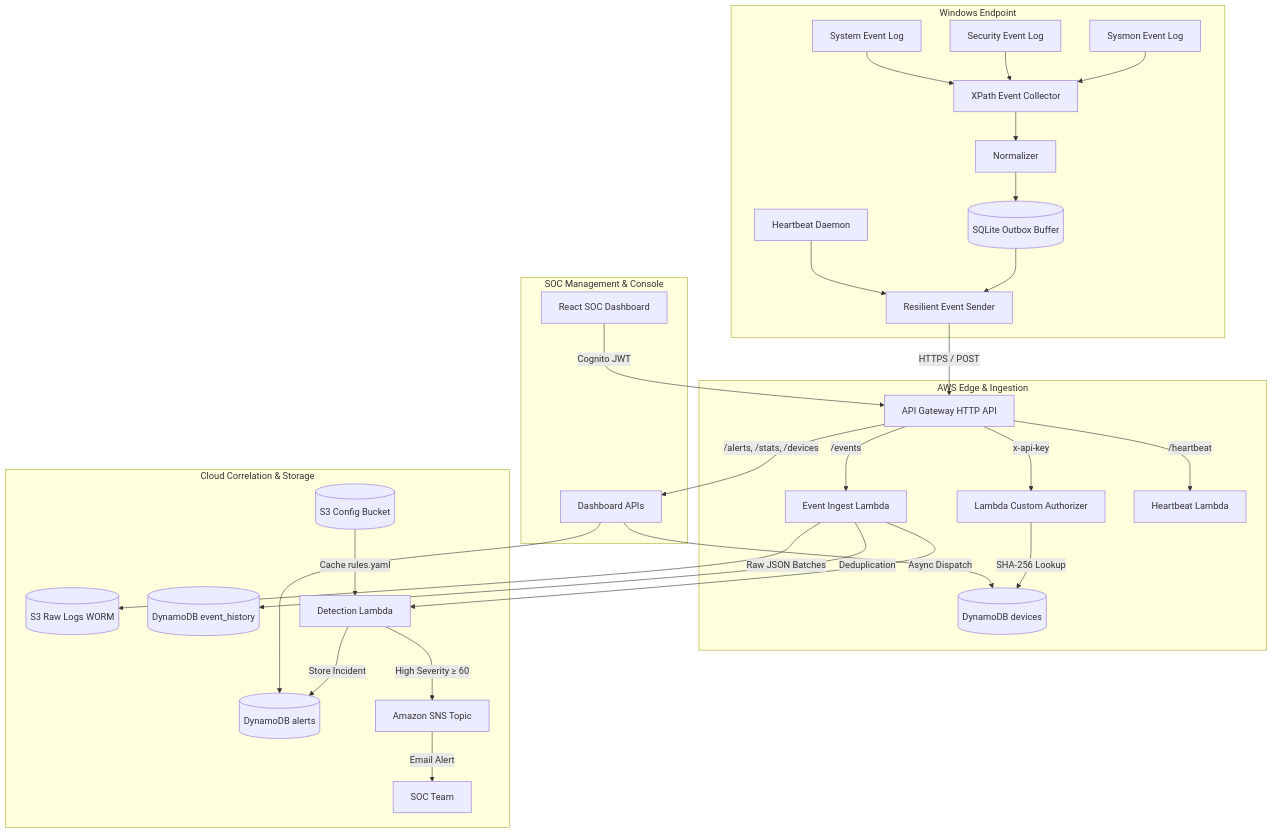
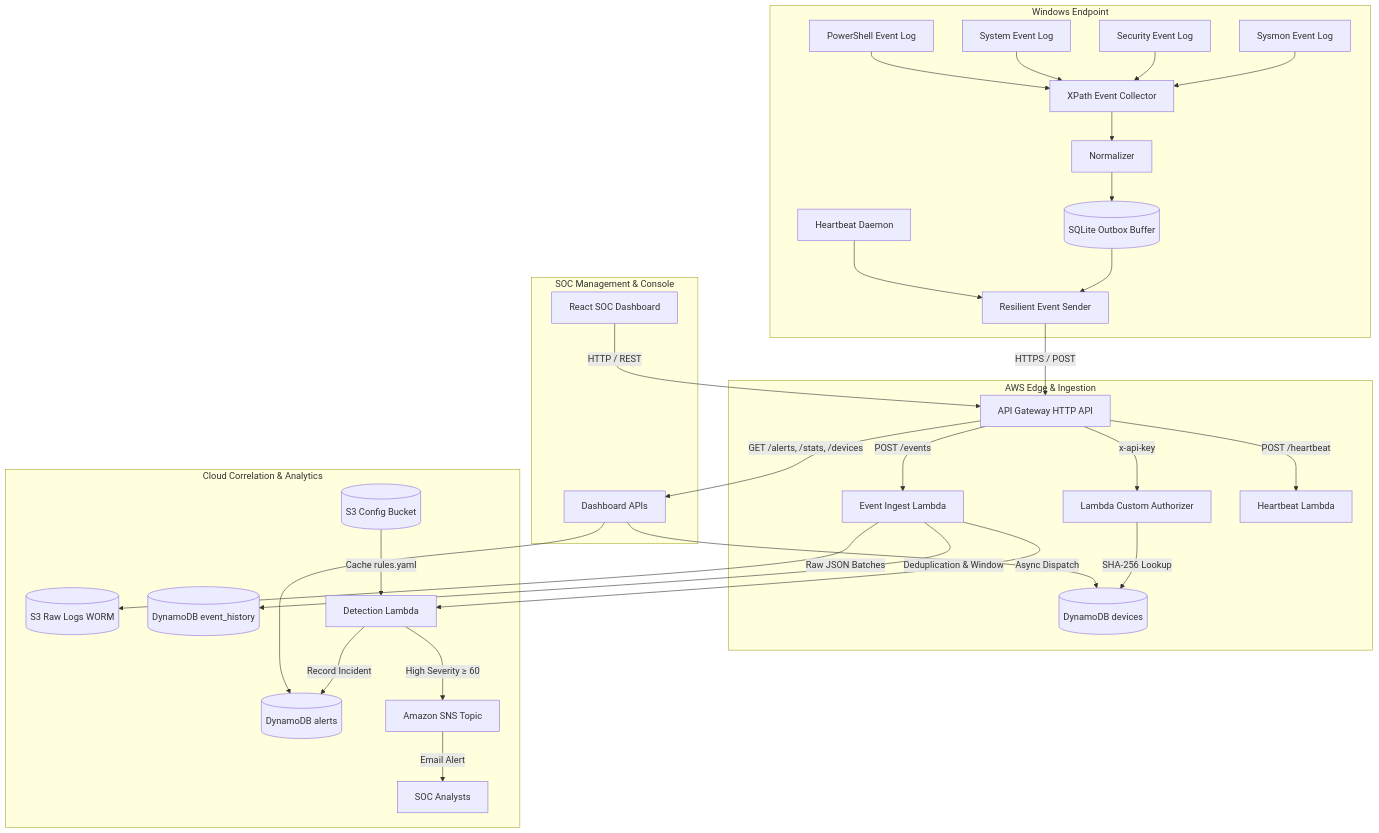
The diagram in README.md (Rahilbhoot/WebBased_Hijack_Detector), drawn with Mermaid before and after one commit. The commit also changed other lines of this file, not shown here.

Commit message:
docs: update main README with project architecture and clone quickstart guide

````diff
--- a/README.md
+++ b/README.md
@@ -29,37 +40,38 @@
 ```mermaid
 graph TD
     subgraph "Windows Endpoint"
         W1[Sysmon Event Log] --> C[XPath Event Collector]
         W2[Security Event Log] --> C
         W3[System Event Log] --> C
+        W4[PowerShell Event Log] --> C
         C --> N[Normalizer]
         N --> SQ[(SQLite Outbox Buffer)]
         SQ --> S[Resilient Event Sender]
         H[Heartbeat Daemon] --> S
     end
 
     subgraph "AWS Edge & Ingestion"
         S -->|HTTPS / POST| GW[API Gateway HTTP API]
         GW -->|x-api-key| AUTH[Lambda Custom Authorizer]
         AUTH -->|SHA-256 Lookup| T_DEV[(DynamoDB devices)]
-        GW -->|/events| L_INGEST[Event Ingest Lambda]
-        GW -->|/heartbeat| L_HEARTBEAT[Heartbeat Lambda]
+        GW -->|POST /events| L_INGEST[Event Ingest Lambda]
+        GW -->|POST /heartbeat| L_HEARTBEAT[Heartbeat Lambda]
     end
 
-    subgraph "Cloud Correlation & Storage"
+    subgraph "Cloud Correlation & Analytics"
         L_INGEST -->|Raw JSON Batches| S3_RAW[(S3 Raw Logs WORM)]
-        L_INGEST -->|Deduplication| T_HIST[(DynamoDB event_history)]
+        L_INGEST -->|Deduplication & Window| T_HIST[(DynamoDB event_history)]
         L_INGEST -->|Async Dispatch| L_DETECT[Detection Lambda]
         S3_CFG[(S3 Config Bucket)] -->|Cache rules.yaml| L_DETECT
-        L_DETECT -->|Store Incident| T_ALERT[(DynamoDB alerts)]
+        L_DETECT -->|Record Incident| T_ALERT[(DynamoDB alerts)]
         L_DETECT -->|High Severity &ge; 60| SNS[Amazon SNS Topic]
-        SNS -->|Email Alert| SOC[SOC Team]
+        SNS -->|Email Alert| SOC[SOC Analysts]
     end
 
     subgraph "SOC Management & Console"
-        DASH[React SOC Dashboard] -->|Cognito JWT| GW
-        GW -->|/alerts, /stats, /devices| L_API[Dashboard APIs]
+        DASH[React SOC Dashboard] -->|HTTP / REST| GW
+        GW -->|GET /alerts, /stats, /devices| L_API[Dashboard APIs]
         L_API --> T_ALERT
         L_API --> T_DEV
     end
 ```
````
